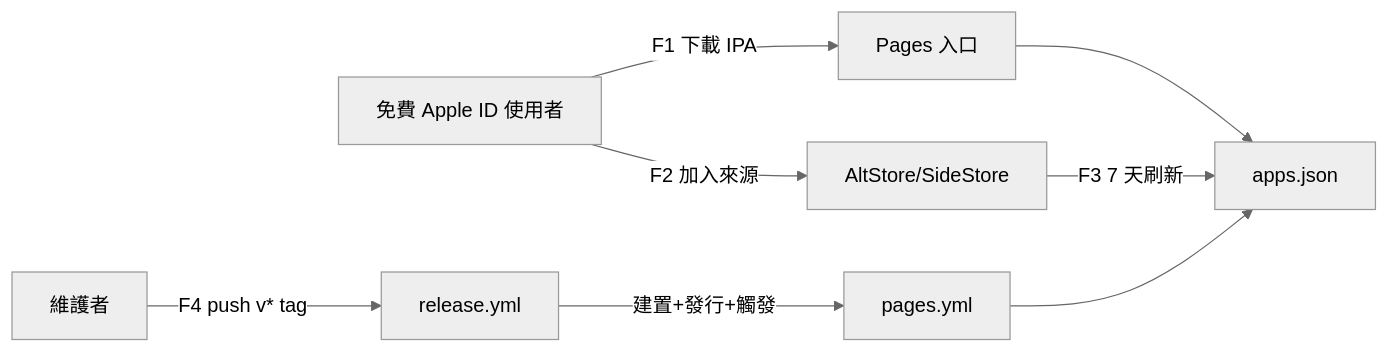
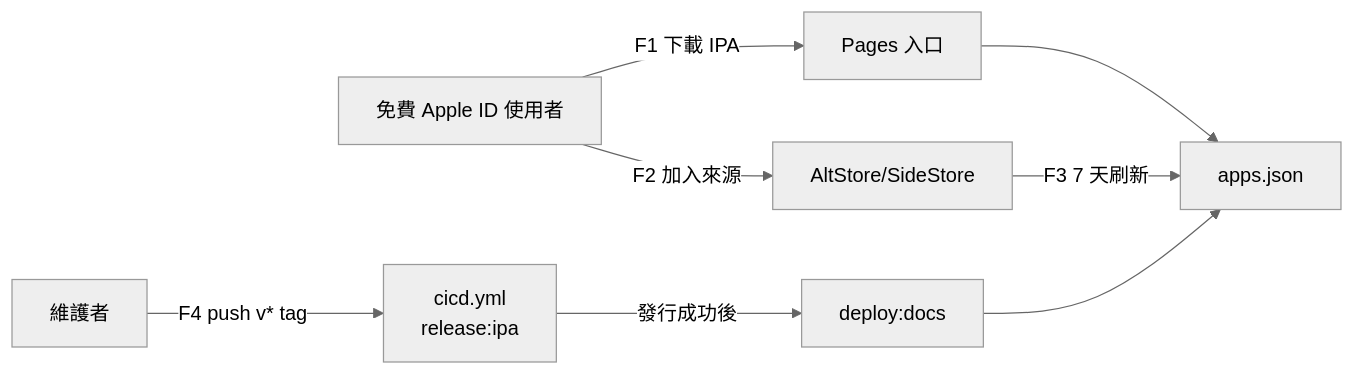
Before and after one commit to Mcc-Mak/ios-app: the diagram in docbase/prd.md, drawn with Mermaid (neutral theme). The commit also changed other lines of this file and 28 other files, not shown here.

First line of the commit message:
feat: 整併為單一工作流程 cicd.yml 並重寫入口網站側載教學

````diff
--- a/docbase/prd.md
+++ b/docbase/prd.md
@@ -5,10 +5,10 @@
 ```mermaid
 flowchart LR
   user["免費 Apple ID 使用者"] -->|"F1 下載 IPA"| portal["Pages 入口"]
   user -->|"F2 加入來源"| altstore["AltStore/SideStore"]
   altstore -->|"F3 7 天刷新"| feed["apps.json"]
-  maint["維護者"] -->|"F4 push v* tag"| release["release.yml"]
-  release -->|"建置+發行+觸發"| pages["pages.yml"]
+  maint["維護者"] -->|"F4 push v* tag"| release["cicd.yml<br/>release:ipa"]
+  release -->|"發行成功後"| pages["deploy:docs"]
   pages --> feed
   portal --> feed
 ```
````
